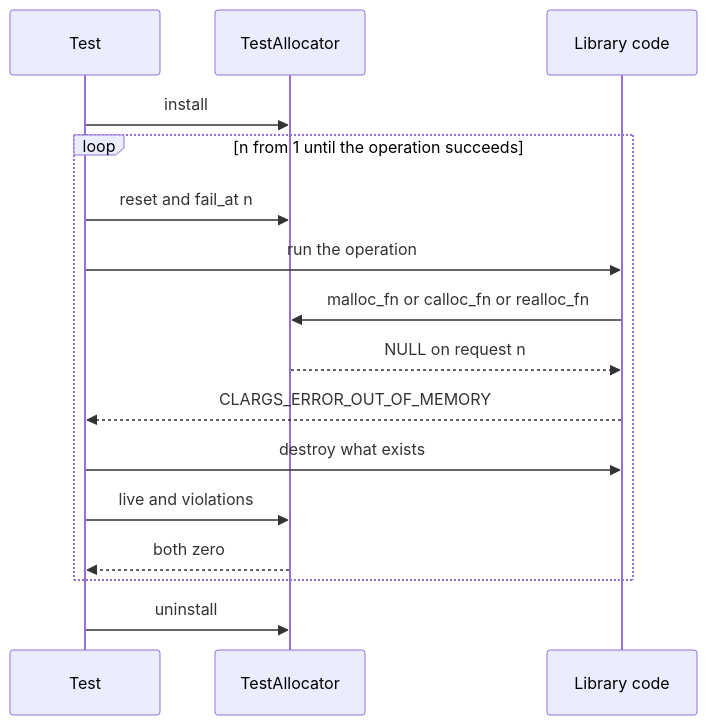
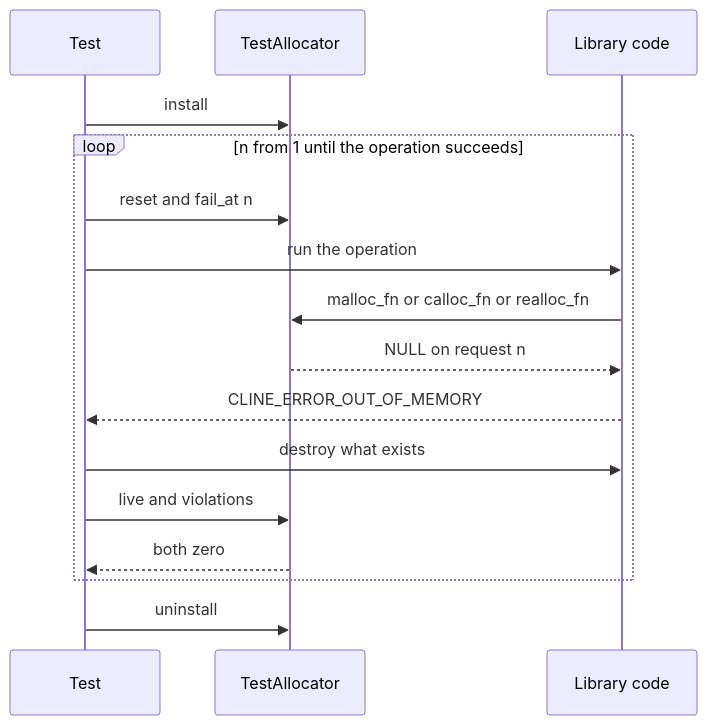
Before and after one commit to ktdevx/cargs: the second of 2 diagrams in .kiro/specs/core-runtime/design.md, drawn with Mermaid. The commit also changed other lines of this file and 177 other files, not shown here.

First line of the commit message:
Rename project from CLArgs to CLine

````diff
--- a/.kiro/specs/core-runtime/design.md
+++ b/.kiro/specs/core-runtime/design.md
@@ -190,18 +190,18 @@
 ```mermaid
 sequenceDiagram
     participant Test
     participant TA as TestAllocator
     participant Lib as Library code
     Test->>TA: install
     loop n from 1 until the operation succeeds
         Test->>TA: reset and fail_at n
         Test->>Lib: run the operation
         Lib->>TA: malloc_fn or calloc_fn or realloc_fn
         TA-->>Lib: NULL on request n
-        Lib-->>Test: CLARGS_ERROR_OUT_OF_MEMORY
+        Lib-->>Test: CLINE_ERROR_OUT_OF_MEMORY
         Test->>Lib: destroy what exists
         Test->>TA: live and violations
         TA-->>Test: both zero
     end
     Test->>TA: uninstall
 ```
````
